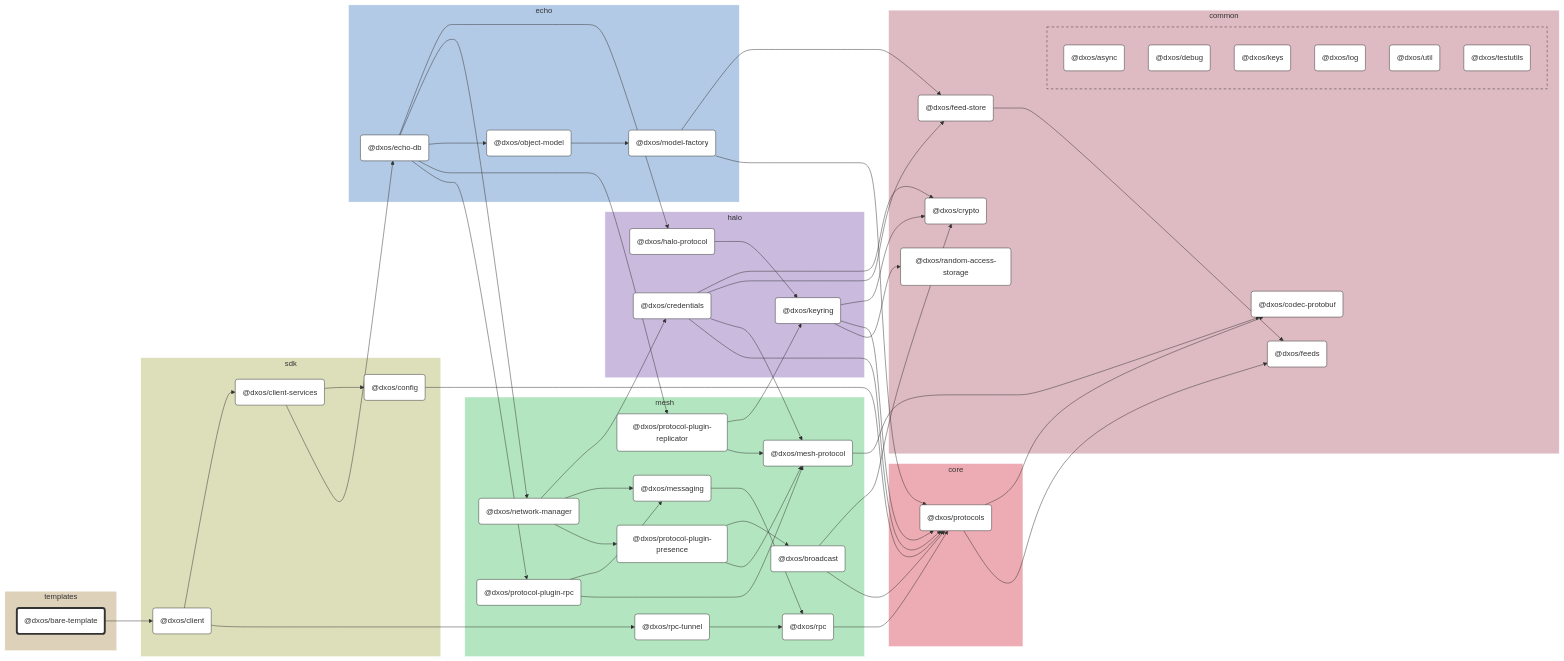
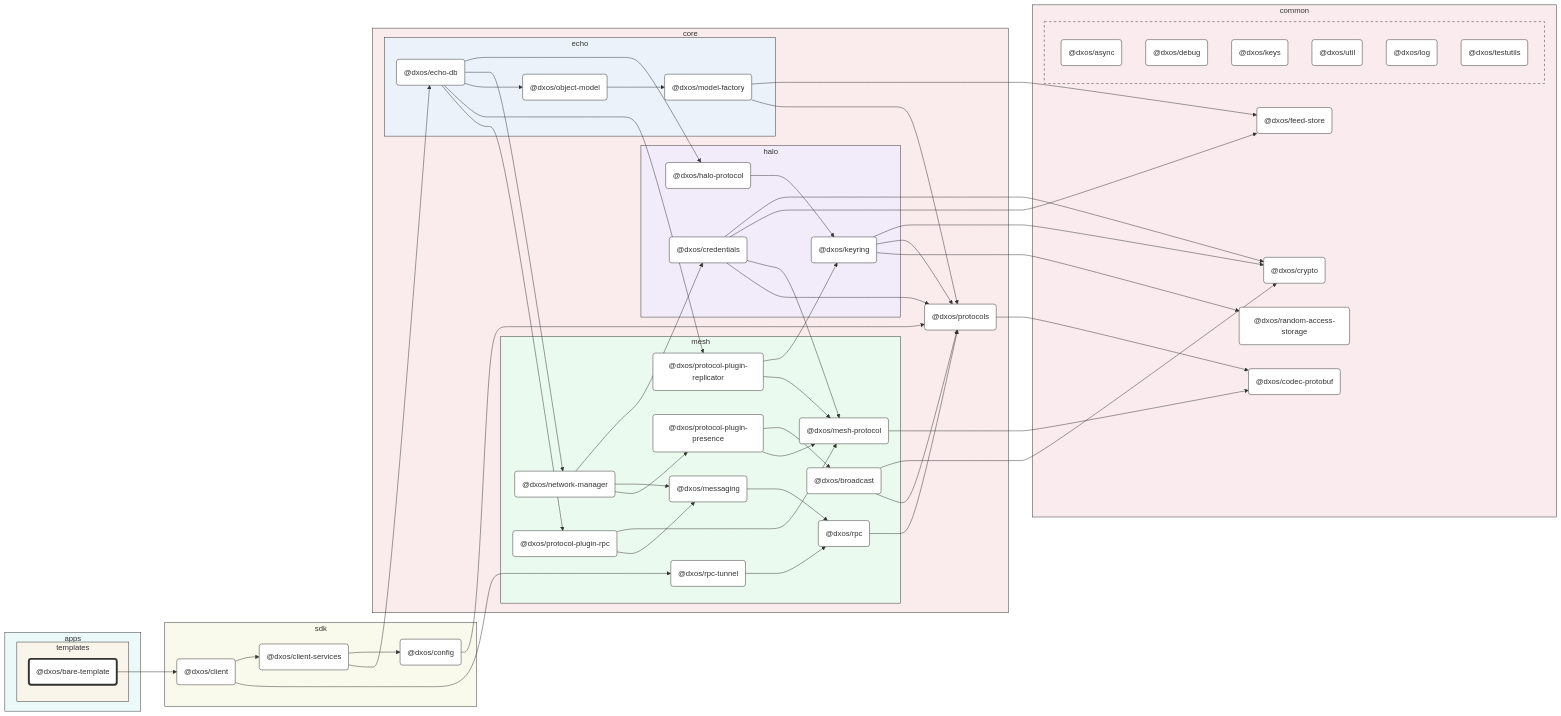
One commit to dxos/dxos changed the diagram in packages/apps/templates/bare/docs/README.md. Above: the diagram before and after it, drawn with Mermaid. The commit also changed other lines of this file and 93 other files, not shown here.

First line of the commit message:
chore: hierarchical graphs. (#1583)

````diff
--- a/packages/apps/templates/bare/docs/README.md
+++ b/packages/apps/templates/bare/docs/README.md
@@ -15,14 +15,18 @@
 
 %% Nodes
 
-subgraph templates [templates]
-  style templates fill:#ded1ba,stroke:#fff
-  dxos/bare-template("@dxos/bare-template"):::root
-  click dxos/bare-template "dxos/dxos/tree/main/packages/apps/templates/bare/docs"
+subgraph apps [apps]
+  style apps fill:#ebfaf9,stroke:#333
+
+  subgraph templates [templates]
+    style templates fill:#faf5eb,stroke:#333
+    dxos/bare-template("@dxos/bare-template"):::root
+    click dxos/bare-template "dxos/dxos/tree/main/packages/apps/templates/bare/docs"
+  end
 end
 
 subgraph sdk [sdk]
-  style sdk fill:#dddeba,stroke:#fff
+  style sdk fill:#f9faeb,stroke:#333
   dxos/client("@dxos/client"):::def
   click dxos/client "dxos/dxos/tree/main/packages/sdk/client/docs"
   dxos/client-services("@dxos/client-services"):::def
@@ -32,97 +36,93 @@
 end
 
 subgraph common [common]
-  style common fill:#debac2,stroke:#fff
+  style common fill:#faebee,stroke:#333
   dxos/codec-protobuf("@dxos/codec-protobuf"):::def
   click dxos/codec-protobuf "dxos/dxos/tree/main/packages/common/codec-protobuf/docs"
   dxos/crypto("@dxos/crypto"):::def
   click dxos/crypto "dxos/dxos/tree/main/packages/common/crypto/docs"
   dxos/feed-store("@dxos/feed-store"):::def
   click dxos/feed-store "dxos/dxos/tree/main/packages/common/feed-store/docs"
-  dxos/feeds("@dxos/feeds"):::def
-  click dxos/feeds "dxos/dxos/tree/main/packages/common/feeds/docs"
   dxos/random-access-storage("@dxos/random-access-storage"):::def
   click dxos/random-access-storage "dxos/dxos/tree/main/packages/common/random-access-storage/docs"
 
-  subgraph common-excluded [ ]
-    style common-excluded fill:#debac2,stroke:#333,stroke-dasharray:5 5
+  subgraph _ [ ]
+    style _ fill:#faebee,stroke:#333,stroke-dasharray:5 5
     dxos/async("@dxos/async"):::def
     click dxos/async "dxos/dxos/tree/main/packages/common/async/docs"
     dxos/debug("@dxos/debug"):::def
     click dxos/debug "dxos/dxos/tree/main/packages/common/debug/docs"
     dxos/keys("@dxos/keys"):::def
     click dxos/keys "dxos/dxos/tree/main/packages/common/keys/docs"
+    dxos/util("@dxos/util"):::def
+    click dxos/util "dxos/dxos/tree/main/packages/common/util/docs"
     dxos/log("@dxos/log"):::def
     click dxos/log "dxos/dxos/tree/main/packages/common/log/docs"
-    dxos/util("@dxos/util"):::def
-    click dxos/util "dxos/dxos/tree/main/packages/common/util/docs"
     dxos/testutils("@dxos/testutils"):::def
     click dxos/testutils "dxos/dxos/tree/main/packages/common/testutils/docs"
   end
 end
 
-subgraph halo [halo]
-  style halo fill:#cabade,stroke:#fff
-  dxos/credentials("@dxos/credentials"):::def
-  click dxos/credentials "dxos/dxos/tree/main/packages/core/halo/credentials/docs"
-  dxos/halo-protocol("@dxos/halo-protocol"):::def
-  click dxos/halo-protocol "dxos/dxos/tree/main/packages/core/halo/halo-protocol/docs"
-  dxos/keyring("@dxos/keyring"):::def
-  click dxos/keyring "dxos/dxos/tree/main/packages/core/halo/keyring/docs"
-end
-
-subgraph mesh [mesh]
-  style mesh fill:#b3e6c0,stroke:#fff
-  dxos/mesh-protocol("@dxos/mesh-protocol"):::def
-  click dxos/mesh-protocol "dxos/dxos/tree/main/packages/core/mesh/mesh-protocol/docs"
-  dxos/messaging("@dxos/messaging"):::def
-  click dxos/messaging "dxos/dxos/tree/main/packages/core/mesh/messaging/docs"
-  dxos/rpc("@dxos/rpc"):::def
-  click dxos/rpc "dxos/dxos/tree/main/packages/core/mesh/rpc/docs"
-  dxos/network-manager("@dxos/network-manager"):::def
-  click dxos/network-manager "dxos/dxos/tree/main/packages/core/mesh/network-manager/docs"
-  dxos/protocol-plugin-presence("@dxos/protocol-plugin-presence"):::def
-  click dxos/protocol-plugin-presence "dxos/dxos/tree/main/packages/core/mesh/protocol-plugin-presence/docs"
-  dxos/broadcast("@dxos/broadcast"):::def
-  click dxos/broadcast "dxos/dxos/tree/main/packages/core/mesh/broadcast/docs"
-  dxos/protocol-plugin-replicator("@dxos/protocol-plugin-replicator"):::def
-  click dxos/protocol-plugin-replicator "dxos/dxos/tree/main/packages/core/mesh/protocol-plugin-replicator/docs"
-  dxos/protocol-plugin-rpc("@dxos/protocol-plugin-rpc"):::def
-  click dxos/protocol-plugin-rpc "dxos/dxos/tree/main/packages/core/mesh/protocol-plugin-rpc/docs"
-  dxos/rpc-tunnel("@dxos/rpc-tunnel"):::def
-  click dxos/rpc-tunnel "dxos/dxos/tree/main/packages/core/mesh/rpc-tunnel/docs"
-end
-
 subgraph core [core]
-  style core fill:#edabb3,stroke:#fff
+  style core fill:#faebec,stroke:#333
   dxos/protocols("@dxos/protocols"):::def
   click dxos/protocols "dxos/dxos/tree/main/packages/core/protocols/docs"
-end
 
-subgraph echo [echo]
-  style echo fill:#b3cae6,stroke:#fff
-  dxos/echo-db("@dxos/echo-db"):::def
-  click dxos/echo-db "dxos/dxos/tree/main/packages/core/echo/echo-db/docs"
-  dxos/model-factory("@dxos/model-factory"):::def
-  click dxos/model-factory "dxos/dxos/tree/main/packages/core/echo/model-factory/docs"
-  dxos/object-model("@dxos/object-model"):::def
-  click dxos/object-model "dxos/dxos/tree/main/packages/core/echo/object-model/docs"
+  subgraph halo [halo]
+    style halo fill:#f1ebfa,stroke:#333
+    dxos/credentials("@dxos/credentials"):::def
+    click dxos/credentials "dxos/dxos/tree/main/packages/core/halo/credentials/docs"
+    dxos/halo-protocol("@dxos/halo-protocol"):::def
+    click dxos/halo-protocol "dxos/dxos/tree/main/packages/core/halo/halo-protocol/docs"
+    dxos/keyring("@dxos/keyring"):::def
+    click dxos/keyring "dxos/dxos/tree/main/packages/core/halo/keyring/docs"
+  end
+
+  subgraph mesh [mesh]
+    style mesh fill:#ebfaef,stroke:#333
+    dxos/mesh-protocol("@dxos/mesh-protocol"):::def
+    click dxos/mesh-protocol "dxos/dxos/tree/main/packages/core/mesh/mesh-protocol/docs"
+    dxos/messaging("@dxos/messaging"):::def
+    click dxos/messaging "dxos/dxos/tree/main/packages/core/mesh/messaging/docs"
+    dxos/rpc("@dxos/rpc"):::def
+    click dxos/rpc "dxos/dxos/tree/main/packages/core/mesh/rpc/docs"
+    dxos/network-manager("@dxos/network-manager"):::def
+    click dxos/network-manager "dxos/dxos/tree/main/packages/core/mesh/network-manager/docs"
+    dxos/protocol-plugin-presence("@dxos/protocol-plugin-presence"):::def
+    click dxos/protocol-plugin-presence "dxos/dxos/tree/main/packages/core/mesh/protocol-plugin-presence/docs"
+    dxos/broadcast("@dxos/broadcast"):::def
+    click dxos/broadcast "dxos/dxos/tree/main/packages/core/mesh/broadcast/docs"
+    dxos/protocol-plugin-replicator("@dxos/protocol-plugin-replicator"):::def
+    click dxos/protocol-plugin-replicator "dxos/dxos/tree/main/packages/core/mesh/protocol-plugin-replicator/docs"
+    dxos/protocol-plugin-rpc("@dxos/protocol-plugin-rpc"):::def
+    click dxos/protocol-plugin-rpc "dxos/dxos/tree/main/packages/core/mesh/protocol-plugin-rpc/docs"
+    dxos/rpc-tunnel("@dxos/rpc-tunnel"):::def
+    click dxos/rpc-tunnel "dxos/dxos/tree/main/packages/core/mesh/rpc-tunnel/docs"
+  end
+
+  subgraph echo [echo]
+    style echo fill:#ebf2fa,stroke:#333
+    dxos/echo-db("@dxos/echo-db"):::def
+    click dxos/echo-db "dxos/dxos/tree/main/packages/core/echo/echo-db/docs"
+    dxos/model-factory("@dxos/model-factory"):::def
+    click dxos/model-factory "dxos/dxos/tree/main/packages/core/echo/model-factory/docs"
+    dxos/object-model("@dxos/object-model"):::def
+    click dxos/object-model "dxos/dxos/tree/main/packages/core/echo/object-model/docs"
+  end
 end
 
 %% Links
 linkStyle default stroke:#333,stroke-width:1px
 dxos/bare-template --> dxos/client
 dxos/client --> dxos/client-services
+dxos/client-services --> dxos/config
+dxos/config --> dxos/protocols
+dxos/protocols --> dxos/codec-protobuf
 dxos/credentials --> dxos/crypto
 dxos/credentials --> dxos/feed-store
-dxos/feed-store --> dxos/feeds
 dxos/credentials --> dxos/mesh-protocol
 dxos/mesh-protocol --> dxos/codec-protobuf
 dxos/credentials --> dxos/protocols
-dxos/protocols --> dxos/codec-protobuf
-dxos/protocols --> dxos/feeds
-dxos/client-services --> dxos/config
-dxos/config --> dxos/protocols
 dxos/client-services --> dxos/echo-db
 dxos/echo-db --> dxos/halo-protocol
 dxos/halo-protocol --> dxos/keyring
@@ -147,8 +147,8 @@
 dxos/protocol-plugin-replicator --> dxos/keyring
 dxos/protocol-plugin-replicator --> dxos/mesh-protocol
 dxos/echo-db --> dxos/protocol-plugin-rpc
+dxos/protocol-plugin-rpc --> dxos/mesh-protocol
 dxos/protocol-plugin-rpc --> dxos/messaging
-dxos/protocol-plugin-rpc --> dxos/mesh-protocol
 dxos/client --> dxos/rpc-tunnel
 dxos/rpc-tunnel --> dxos/rpc
 ```
````
